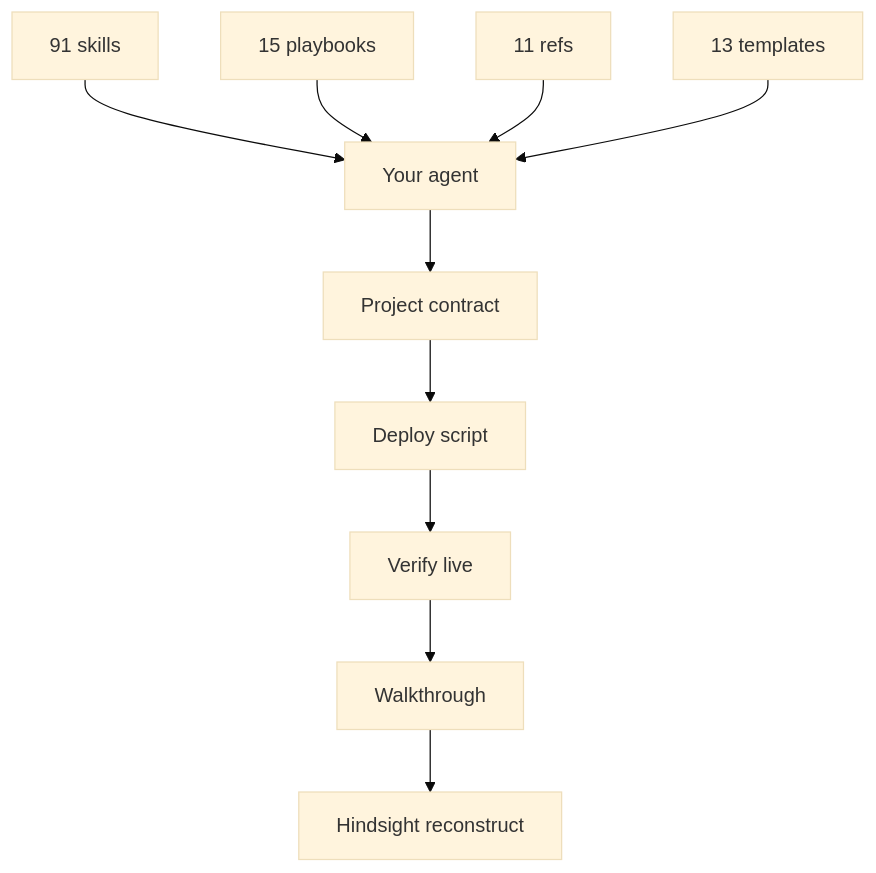
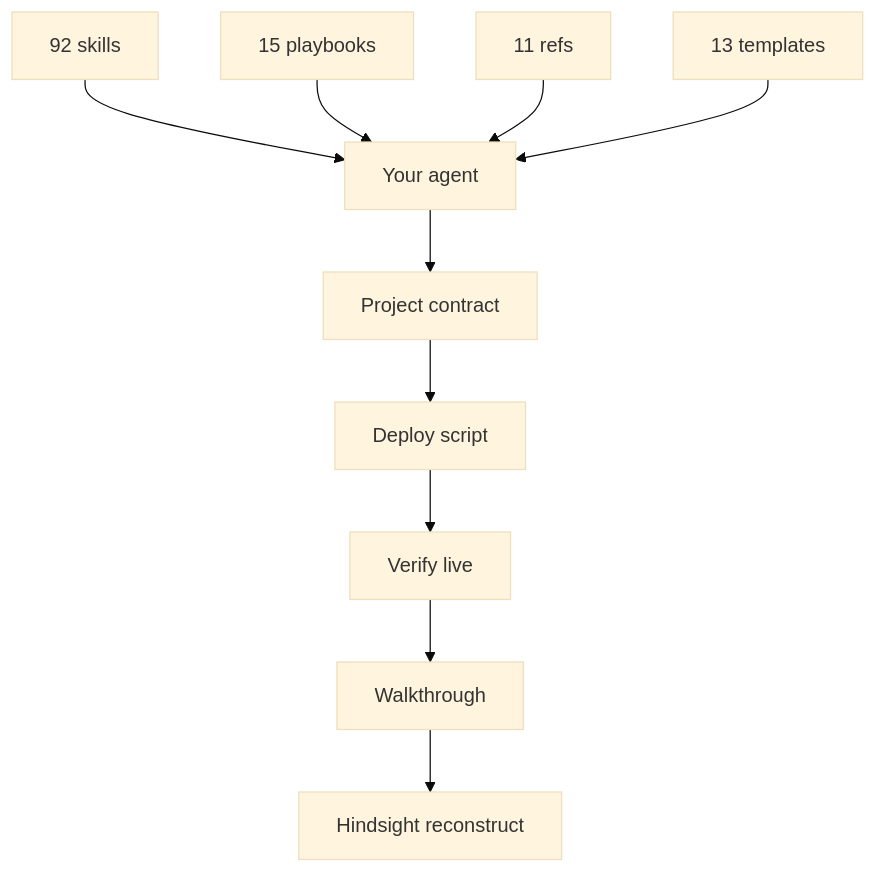
Before and after one commit to Nonarkara/dr-non-vibecoding-skills: the third of 3 diagrams in README.md, drawn with Mermaid (base theme). The commit also changed other lines of this file and 5 other files, not shown here.

````diff
--- a/README.md
+++ b/README.md
@@ -362,12 +362,12 @@
 ```mermaid
 flowchart TB
-  S["91 skills"] --> A["Your agent"]
+  S["92 skills"] --> A["Your agent"]
   P["15 playbooks"] --> A
   R["11 refs"] --> A
   T["13 templates"] --> A
   A --> W["Project contract"]
   W --> D["Deploy script"]
   D --> V["Verify live"]
   V --> H["Walkthrough"]
   H --> L["Hindsight reconstruct"]
 ```
````
